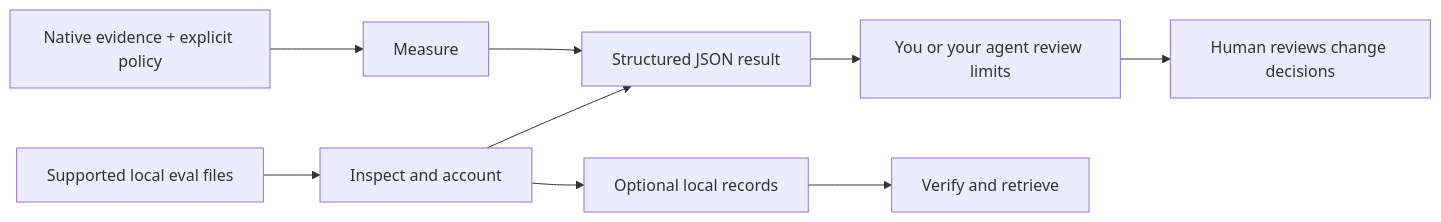
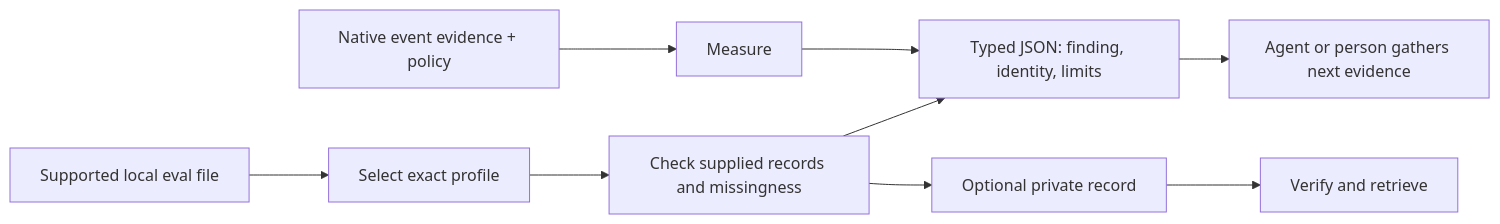
One commit to ntts9990/underwrite changed the diagram in README.md. Above: the diagram before and after it, drawn with Mermaid. The commit also changed other lines of this file and 4 other files, not shown here.

````diff
--- a/README.md
+++ b/README.md
@@ -125,11 +134,11 @@
 ```mermaid
 flowchart LR
-    A[Supported local eval files] --> B[Inspect and account]
-    B --> C[Structured JSON result]
-    C --> D[You or your agent review limits]
-    D --> E[Human reviews change decisions]
-    B --> F[Optional local records]
+    A[Supported local eval file] --> B[Select exact profile]
+    B --> C[Check supplied records and missingness]
+    C --> D[Typed JSON: finding, identity, limits]
+    D --> E[Agent or person gathers next evidence]
+    C --> F[Optional private record]
     F --> G[Verify and retrieve]
-    H[Native evidence + explicit policy] --> I[Measure]
-    I --> C
+    H[Native event evidence + policy] --> I[Measure]
+    I --> D
 ```
````
